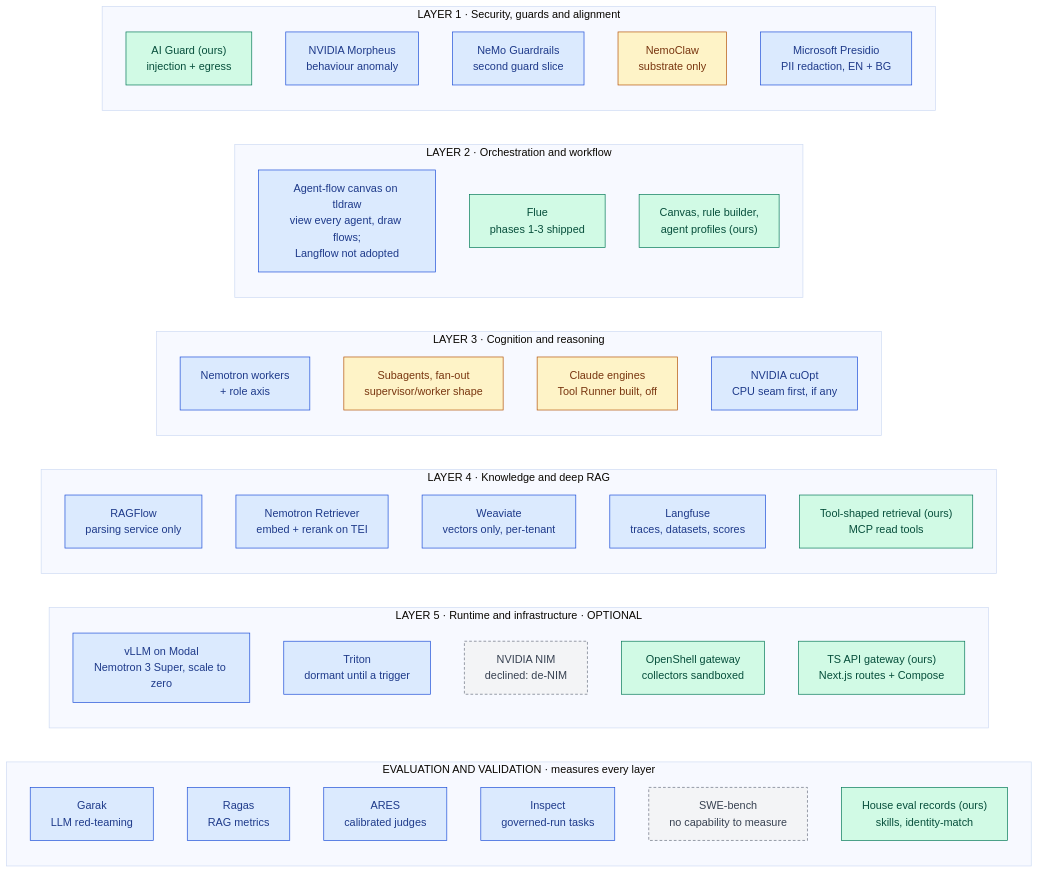
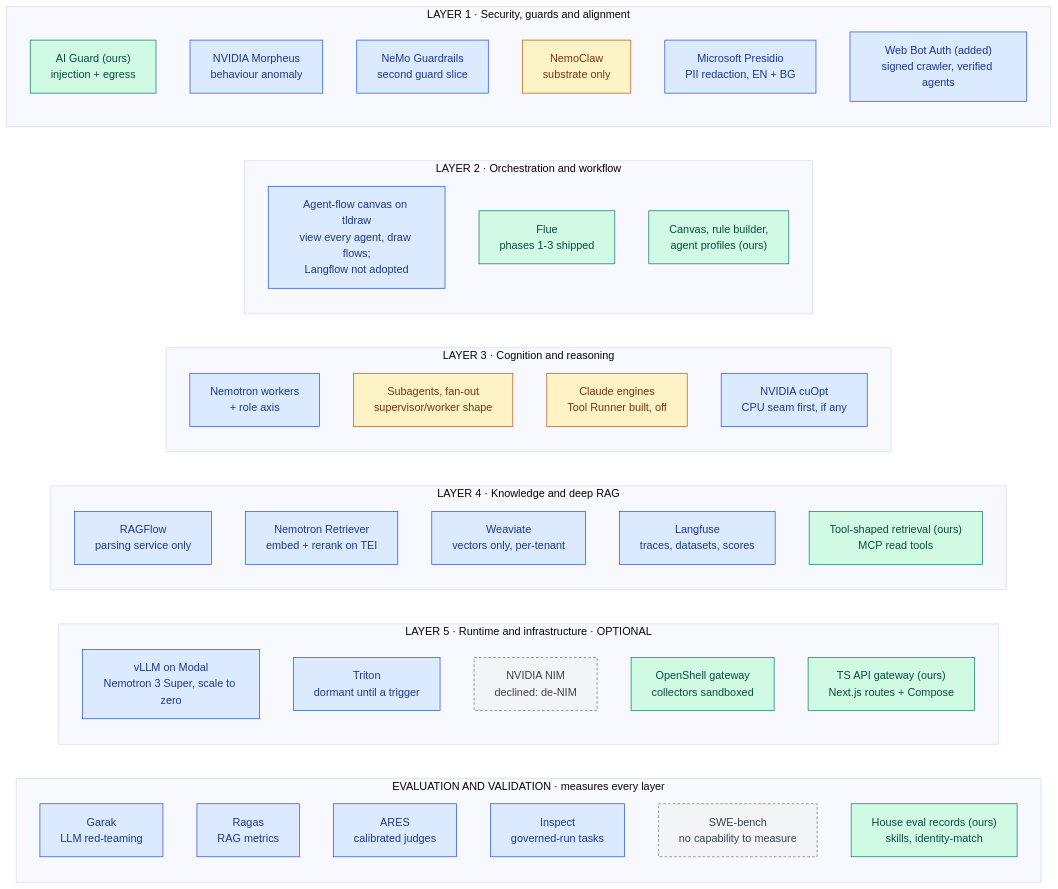
The first of 5 diagrams in docs/ai-architecture-roadmap.md (RodnaPamet/inflect-compliance), drawn with Mermaid (base theme) before and after one commit. The commit also changed other lines of this file and 3 other files, not shown here.

````diff
--- a/docs/ai-architecture-roadmap.md
+++ b/docs/ai-architecture-roadmap.md
@@ -43,59 +43,60 @@
 ```mermaid
 flowchart LR
   subgraph EV["EVALUATION AND VALIDATION · measures every layer"]
     direction TB
     GA["Garak<br/>LLM red-teaming"]:::todo
     RA["Ragas<br/>RAG metrics"]:::todo
     AR["ARES<br/>calibrated judges"]:::todo
     IS["Inspect<br/>governed-run tasks"]:::todo
     SB["SWE-bench<br/>no capability to measure"]:::declined
     HR["House eval records (ours)<br/>skills, identity-match"]:::done
   end
 
   subgraph L5["LAYER 5 · Runtime and infrastructure · OPTIONAL"]
     direction TB
     MD["vLLM on Modal<br/>Nemotron 3 Super, scale to zero"]:::todo
     TT["Triton<br/>dormant until a trigger"]:::todo
     NIM["NVIDIA NIM<br/>declined: de-NIM"]:::declined
     OS["OpenShell gateway<br/>collectors sandboxed"]:::done
     GW["TS API gateway (ours)<br/>Next.js routes + Compose"]:::done
   end
 
   subgraph L4["LAYER 4 · Knowledge and deep RAG"]
     direction TB
     RF["RAGFlow<br/>parsing service only"]:::todo
     RT["Nemotron Retriever<br/>embed + rerank on TEI"]:::todo
     WV["Weaviate<br/>vectors only, per-tenant"]:::todo
     LU["Langfuse<br/>traces, datasets, scores"]:::todo
     TR["Tool-shaped retrieval (ours)<br/>MCP read tools"]:::done
   end
 
   subgraph L3["LAYER 3 · Cognition and reasoning"]
     direction TB
     NR["Nemotron workers<br/>+ role axis"]:::todo
     SW["Subagents, fan-out<br/>supervisor/worker shape"]:::partial
     CL["Claude engines<br/>Tool Runner built, off"]:::partial
     CO["NVIDIA cuOpt<br/>CPU seam first, if any"]:::todo
   end
 
   subgraph L2["LAYER 2 · Orchestration and workflow"]
     direction TB
     LF["Agent-flow canvas on tldraw<br/>view every agent, draw flows;<br/>Langflow not adopted"]:::todo
     FL["Flue<br/>phases 1-3 shipped"]:::done
     CV["Canvas, rule builder,<br/>agent profiles (ours)"]:::done
   end
 
   subgraph L1["LAYER 1 · Security, guards and alignment"]
     direction TB
     AG["AI Guard (ours)<br/>injection + egress"]:::done
     MO["NVIDIA Morpheus<br/>behaviour anomaly"]:::todo
     NG["NeMo Guardrails<br/>second guard slice"]:::todo
     NC["NemoClaw<br/>substrate only"]:::partial
     PR["Microsoft Presidio<br/>PII redaction, EN + BG"]:::todo
+    WB["Web Bot Auth (added)<br/>signed crawler, verified agents"]:::todo
   end
 
   classDef done fill:#d1fae5,stroke:#047857,color:#064e3b
   classDef partial fill:#fef3c7,stroke:#b45309,color:#78350f
   classDef todo fill:#dbeafe,stroke:#1d4ed8,color:#1e3a8a
   classDef declined fill:#f3f4f6,stroke:#6b7280,color:#374151,stroke-dasharray:4 3
 ```
````
